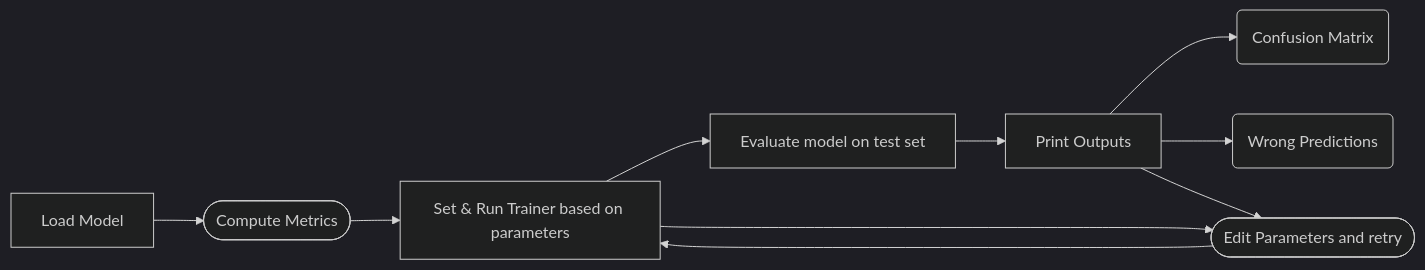
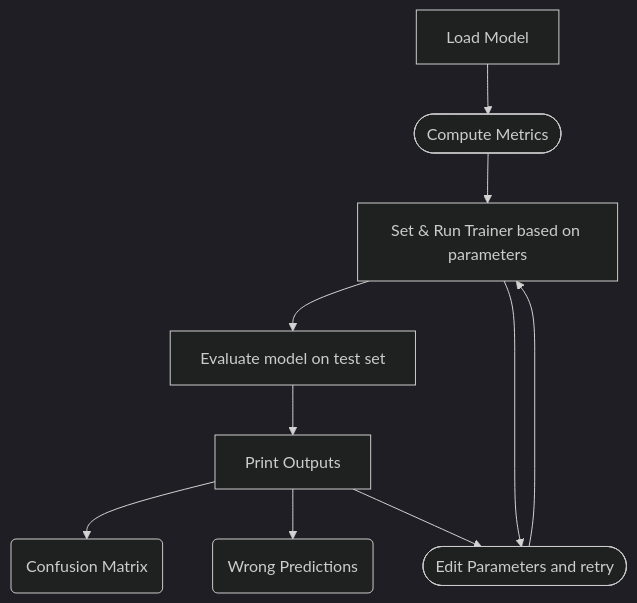
The diagram in README.md (IGS1I/guided-TakeMeter), drawn with Mermaid (dark theme) before and after one commit. The commit also changed other lines of this file, not shown here.

````diff
--- a/README.md
+++ b/README.md
@@ -141,13 +131,13 @@
 ```mermaid
 ---
 Title: Fine-Tuning PipeLine for distilbert-base-uncased model
 ---
-graph LR
+graph TD
   A[Load Model] --> B([Compute Metrics]) --> C[Set & Run Trainer based on parameters] --> D[Evaluate model on test set] --> E[Print Outputs]
 
   C --> H([Edit Parameters and retry]) --> C
 
   E --> F(Confusion Matrix)
   E --> G(Wrong Predictions)
   E --> H
 ```
````
